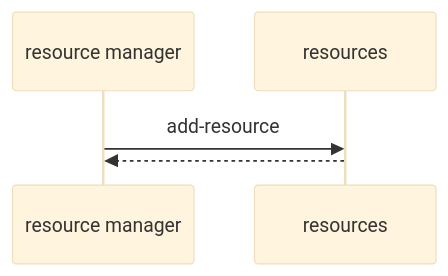
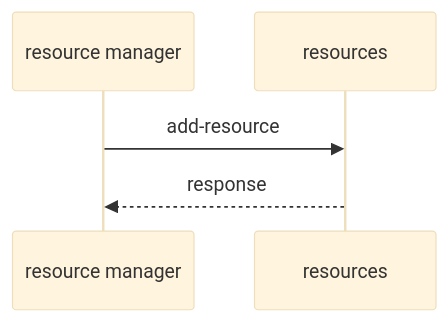
One commit to mijoco-btc/ai-flow changed the first of 4 diagrams in docs/dao-and-crews/edao-sequence-diagrams.md. Above: the diagram before and after it, drawn with Mermaid (base theme). The commit also changed other lines of this file, not shown here.

Commit message:
GITBOOK-49: No subject

````diff
--- a/docs/dao-and-crews/edao-sequence-diagrams.md
+++ b/docs/dao-and-crews/edao-sequence-diagrams.md
@@ -13,5 +13,5 @@
 ```mermaid
 sequenceDiagram
     resource manager->>resources: add-resource
-    resources-->>resource manager: 
+    resources-->>resource manager: response
 ```
````
